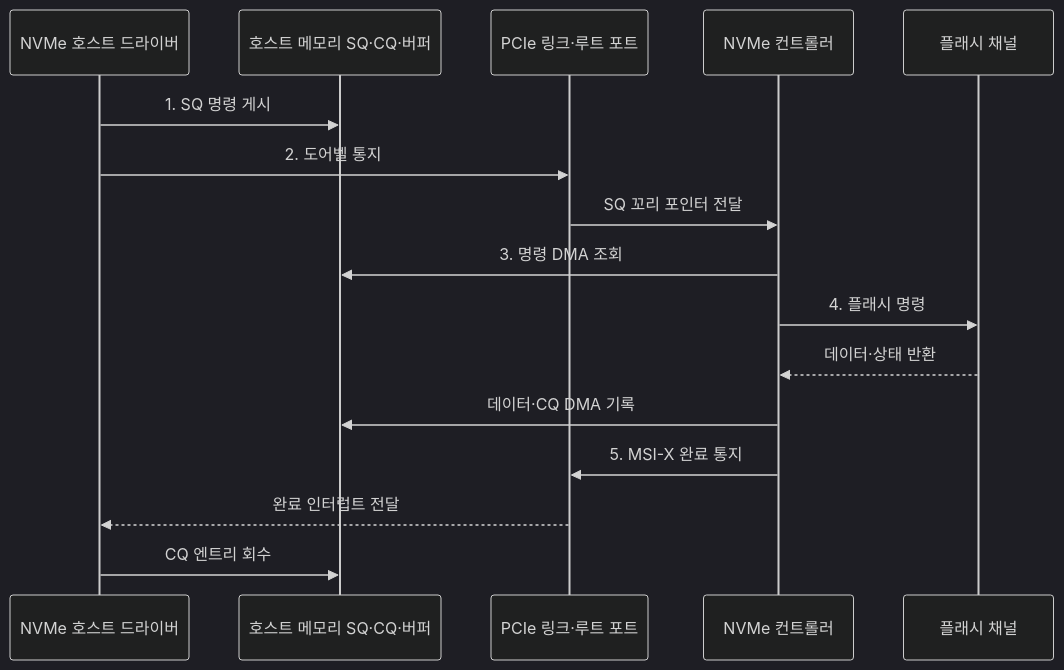
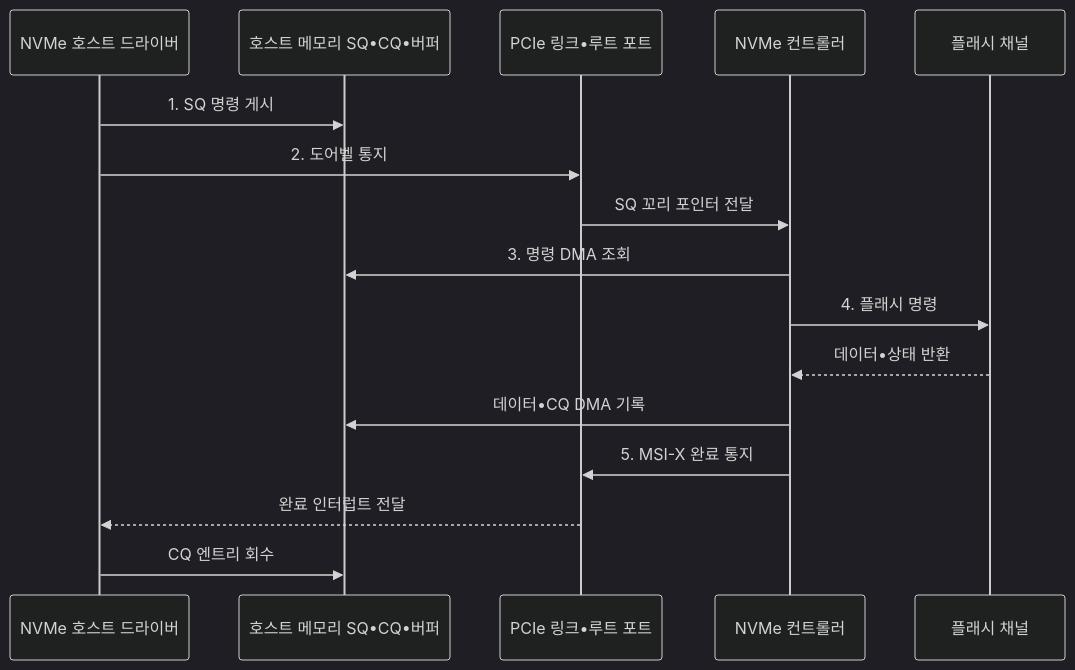
The second of 2 diagrams in src/content/docs/notes/02-hardware/029_nvme_pcie_interface.md (agnusdei1207/knowledge-base), drawn with Mermaid (dark theme) before and after one commit. The commit also changed other lines of this file and 953 other files, not shown here.

````diff
--- a/src/content/docs/notes/02-hardware/029_nvme_pcie_interface.md
+++ b/src/content/docs/notes/02-hardware/029_nvme_pcie_interface.md
@@ -107,19 +107,19 @@
 ```mermaid
 sequenceDiagram
     participant D as NVMe 호스트 드라이버
-    participant Q as 호스트 메모리 SQ·CQ·버퍼
-    participant P as PCIe 링크·루트 포트
+    participant Q as 호스트 메모리 SQ•CQ•버퍼
+    participant P as PCIe 링크•루트 포트
     participant C as NVMe 컨트롤러
     participant F as 플래시 채널
 
     D->>Q: 1. SQ 명령 게시
     D->>P: 2. 도어벨 통지
     P->>C: SQ 꼬리 포인터 전달
     C->>Q: 3. 명령 DMA 조회
     C->>F: 4. 플래시 명령
-    F-->>C: 데이터·상태 반환
-    C->>Q: 데이터·CQ DMA 기록
+    F-->>C: 데이터•상태 반환
+    C->>Q: 데이터•CQ DMA 기록
     C->>P: 5. MSI-X 완료 통지
     P-->>D: 완료 인터럽트 전달
     D->>Q: CQ 엔트리 회수
 ```
````
